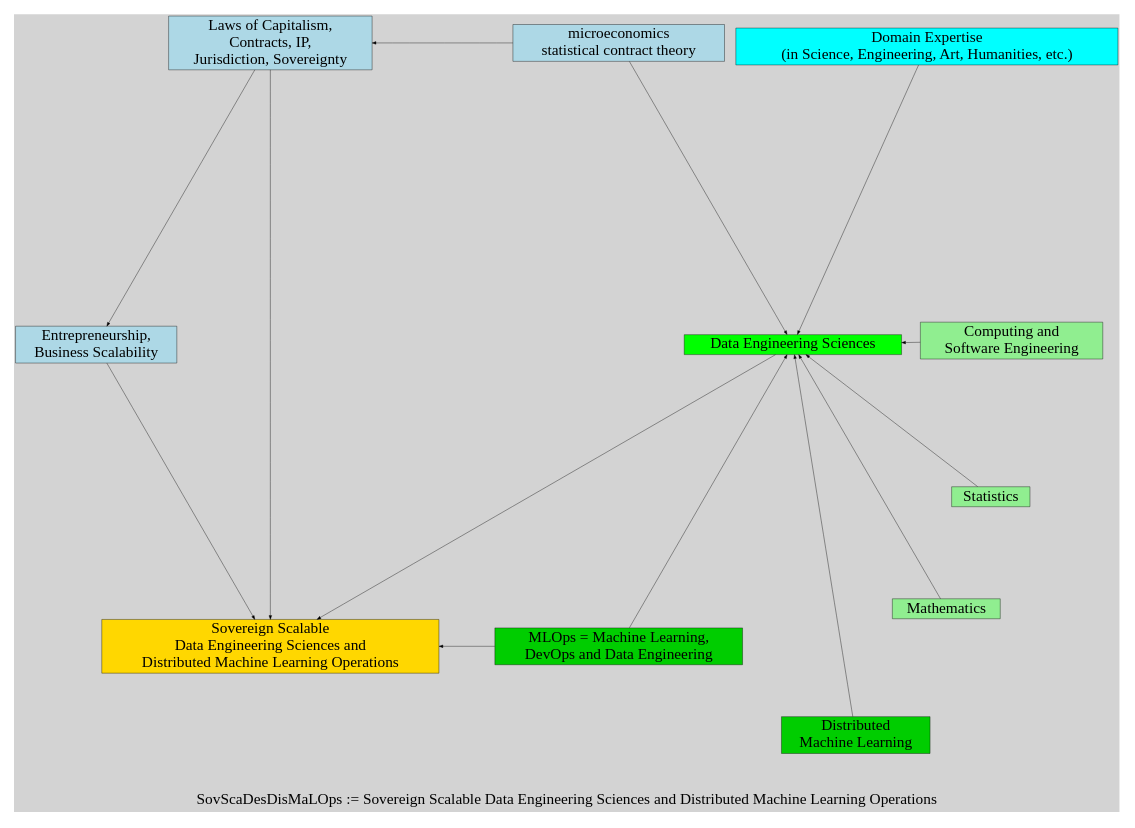
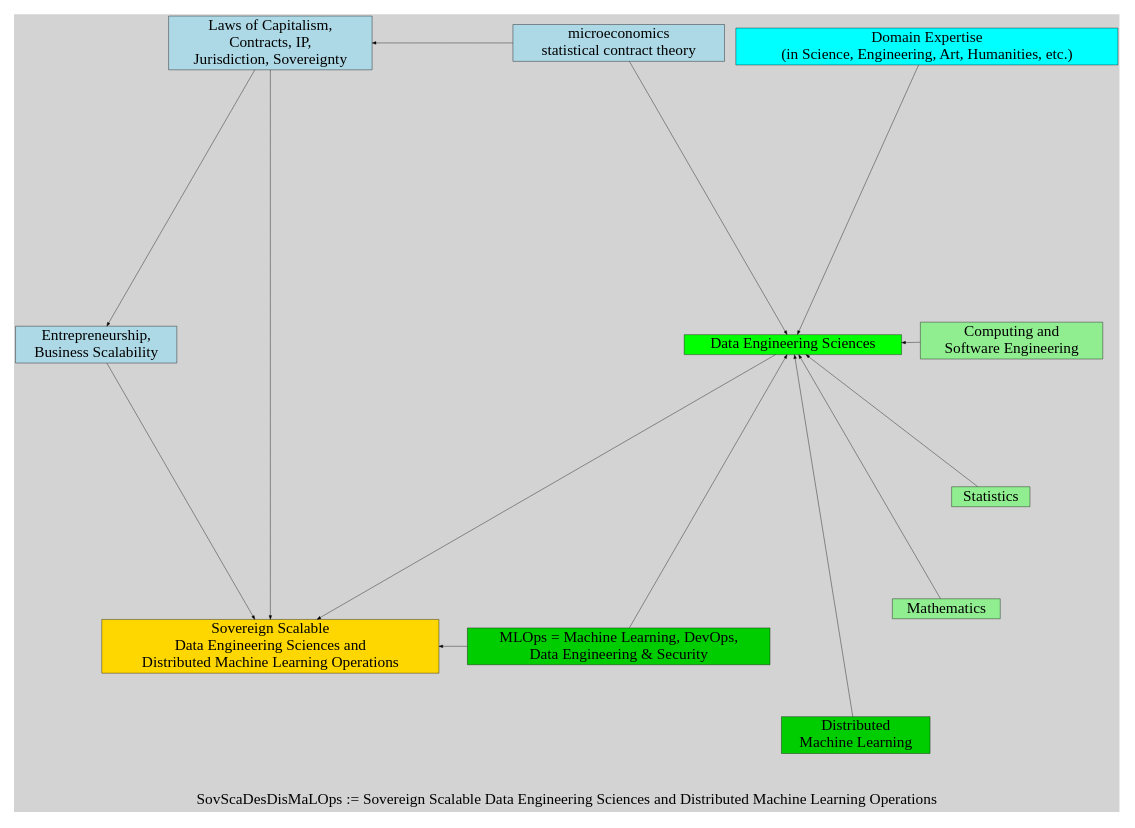
One commit to VakeWorks/SovScaDesDisMaLOps changed the diagram in docs/2025/src/definition.md. Above: the diagram before and after it, drawn with Graphviz. The commit also changed other lines of this file and 11 other files, not shown here.

````diff
--- a/docs/2025/src/definition.md
+++ b/docs/2025/src/definition.md
@@ -16,49 +16,49 @@
 ```dot process
 digraph {
     layout="circo";
     label="\n\nSovScaDesDisMaLOps := Sovereign Scalable Data Engineering Sciences and Distributed Machine Learning Operations"
     fontsize="40"
     size ="8,8";
     graph [bgcolor=lightgray, fontsize=40]
     node [fontsize=40]
     edge [fontsize=40]
     ranksep = 4;
     nodesep = 3;
     node [shape=record, fillcolor=green1, style=filled];
     Des [label="Data Engineering Sciences"];
     node [shape=record, fillcolor=green3, style=filled];
     DisML [label="Distributed \nMachine Learning"];
-    MLOps [label="MLOps =  Machine Learning,\n DevOps and Data Engineering"];
+    MLOps [label="MLOps =  Machine Learning, DevOps,\n Data Engineering & Security"];
 
     node [shape=record, fillcolor=lightblue, style=filled];
     LawSov [label="Laws of Capitalism,\n Contracts, IP,\n Jurisdiction, Sovereignty"];
     ConThe  [label="microeconomics\n statistical contract theory"];
     
     node [shape=record, fillcolor=lightgreen, style=filled];
     MATHS [label="Mathematics"];
     STATS [label="Statistics"];
     COMPT [label="Computing and \n Software Engineering"];
     node [shape=record, fillcolor=cyan, style=filled];
     DOMEX  [label="Domain Expertise\n (in Science, Engineering, Art, Humanities, etc.)"];
 
     node [shape=record, fillcolor=lightblue, style=filled];
     Entrp [label="Entrepreneurship,\nBusiness Scalability"];
 
     node [shape=record, fillcolor=gold, style=filled];
     SovScaDesDisMaLOps [label="Sovereign Scalable \n Data Engineering Sciences and\n Distributed Machine Learning Operations"];
     
     ConThe -> LawSov;
     LawSov -> Entrp;
     MATHS -> Des;
     STATS -> Des;
     COMPT -> Des;
     DOMEX -> Des;
     ConThe -> Des;
     DisML -> Des; 
     MLOps -> Des; 
     Des -> SovScaDesDisMaLOps; 
     MLOps -> SovScaDesDisMaLOps; 
     LawSov -> SovScaDesDisMaLOps; 
     Entrp -> SovScaDesDisMaLOps; 
 }
 ```
````
